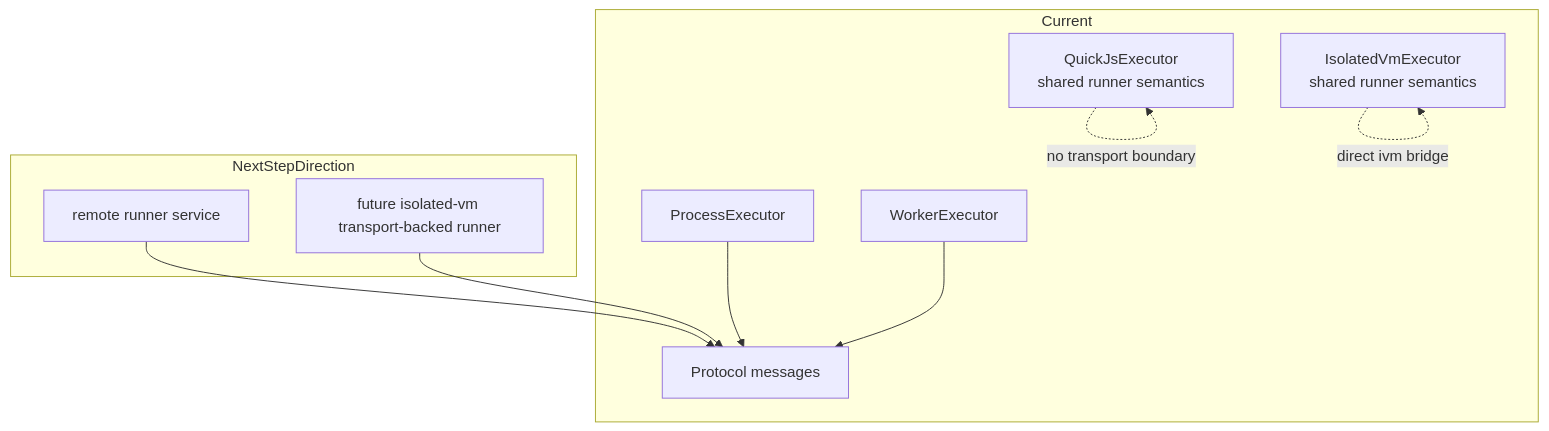
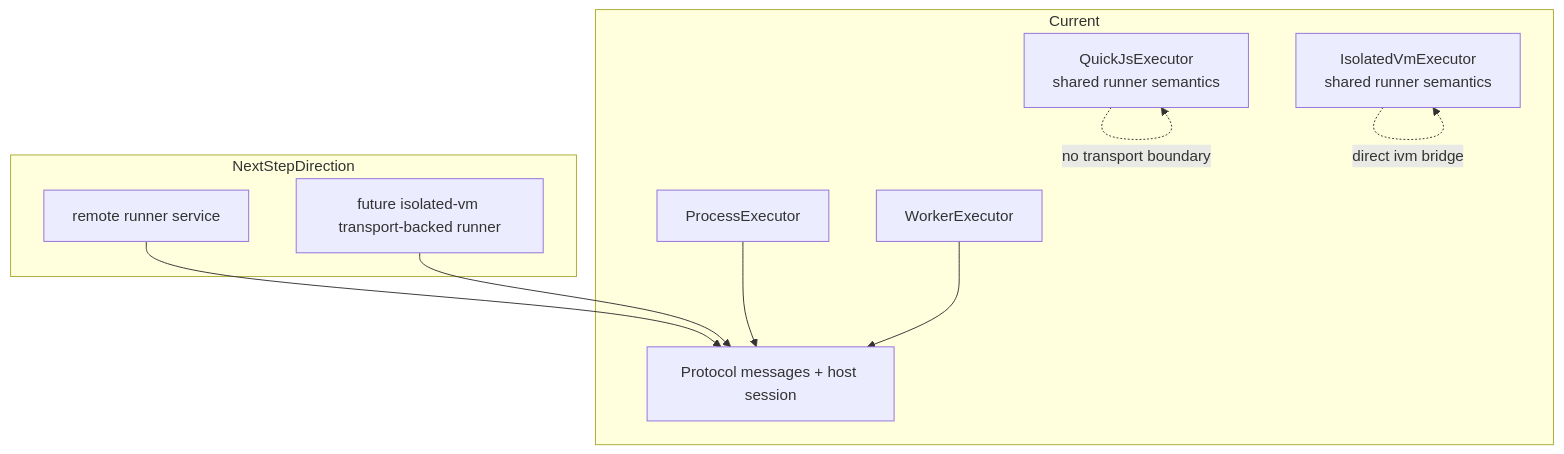
One commit to aallam/mcploom changed the third of 3 diagrams in docs/codexec/architecture/codexec-mcp-and-protocol.md. Above: the diagram before and after it, drawn with Mermaid. The commit also changed other lines of this file and 28 other files, not shown here.

````diff
--- a/docs/codexec/architecture/codexec-mcp-and-protocol.md
+++ b/docs/codexec/architecture/codexec-mcp-and-protocol.md
@@ -87,21 +89,21 @@
 ```mermaid
 flowchart TB
     subgraph Current
         C1["QuickJsExecutor<br/>shared runner semantics"]
         C2["ProcessExecutor"]
         C3["WorkerExecutor"]
         C4["IsolatedVmExecutor<br/>shared runner semantics"]
-        P["Protocol messages"]
+        P["Protocol messages + host session"]
         C2 --> P
         C3 --> P
         C1 -. no transport boundary .-> C1
         C4 -. direct ivm bridge .-> C4
     end
 
     subgraph NextStepDirection
         N1["remote runner service"]
         N2["future isolated-vm transport-backed runner"]
         N1 --> P
         N2 --> P
     end
 ```
````
